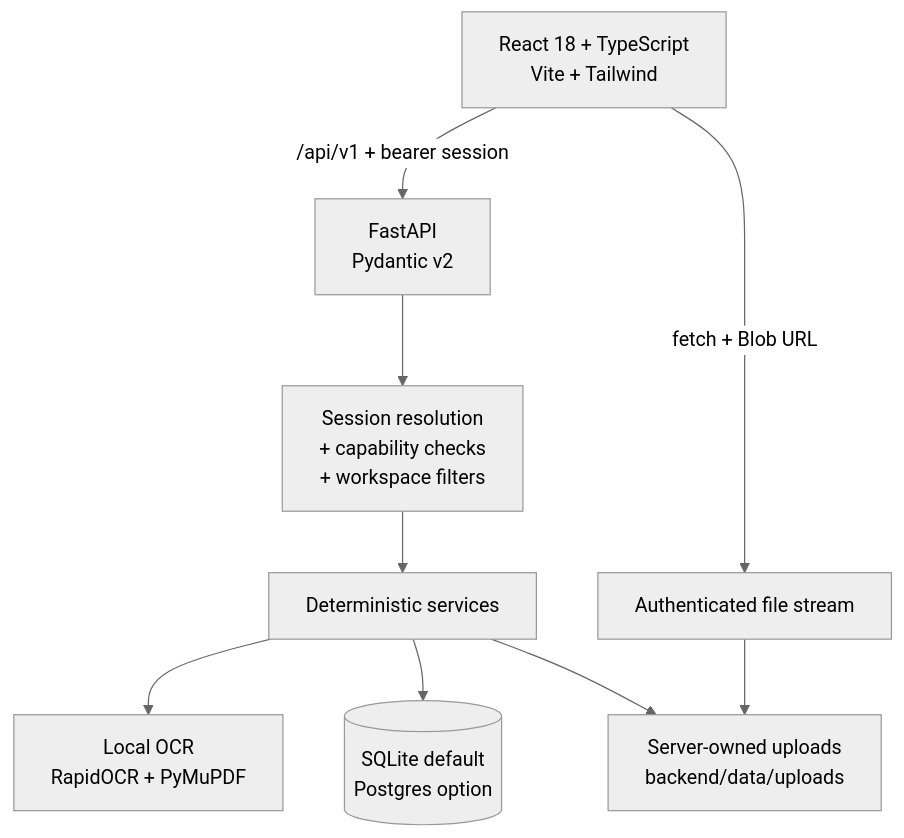
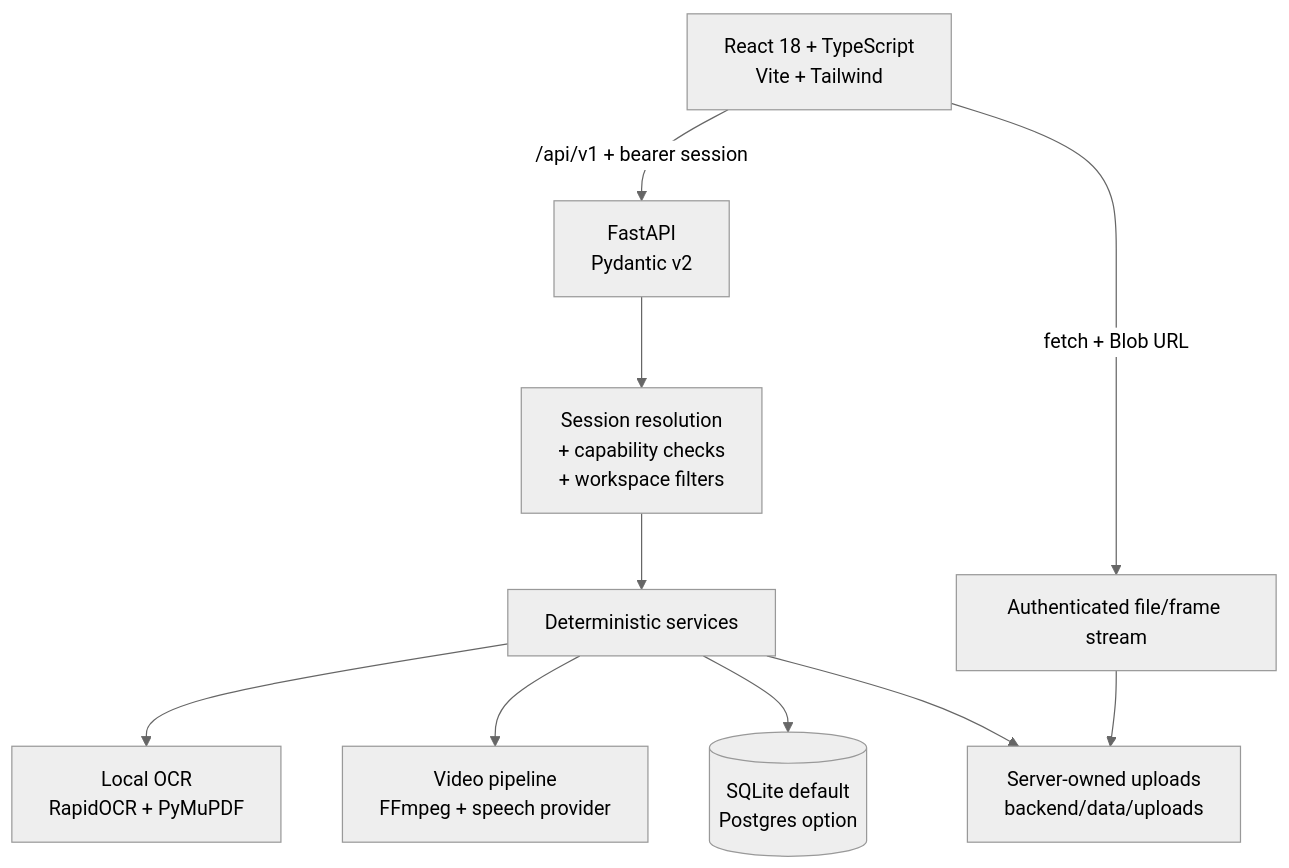
Before and after one commit to hvavinash30/inkloom-ai: the diagram in docs/ARCHITECTURE.md, drawn with Mermaid (neutral theme). The commit also changed other lines of this file and 29 other files, not shown here.

First line of the commit message:
Add automatic video auditing with speech-to-text and frame OCR

````diff
--- a/docs/ARCHITECTURE.md
+++ b/docs/ARCHITECTURE.md
@@ -15,11 +15,12 @@
 ```mermaid
 flowchart TD
     UI["React 18 + TypeScript<br/>Vite + Tailwind"] -->|"/api/v1 + bearer session"| API["FastAPI<br/>Pydantic v2"]
     API --> AUTH["Session resolution<br/>+ capability checks<br/>+ workspace filters"]
     AUTH --> SVC["Deterministic services"]
     SVC --> OCR["Local OCR<br/>RapidOCR + PyMuPDF"]
+    SVC --> VIDEO["Video pipeline<br/>FFmpeg + speech provider"]
     SVC --> DB[(SQLite default<br/>Postgres option)]
     SVC --> FS["Server-owned uploads<br/>backend/data/uploads"]
-    UI -->|"fetch + Blob URL"| FILE["Authenticated file stream"]
+    UI -->|"fetch + Blob URL"| FILE["Authenticated file/frame stream"]
     FILE --> FS
 ```
````
